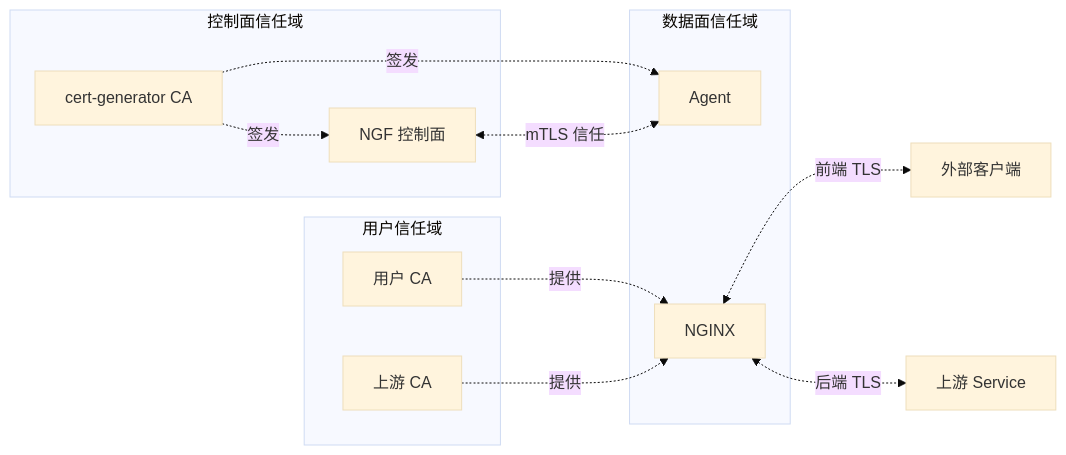
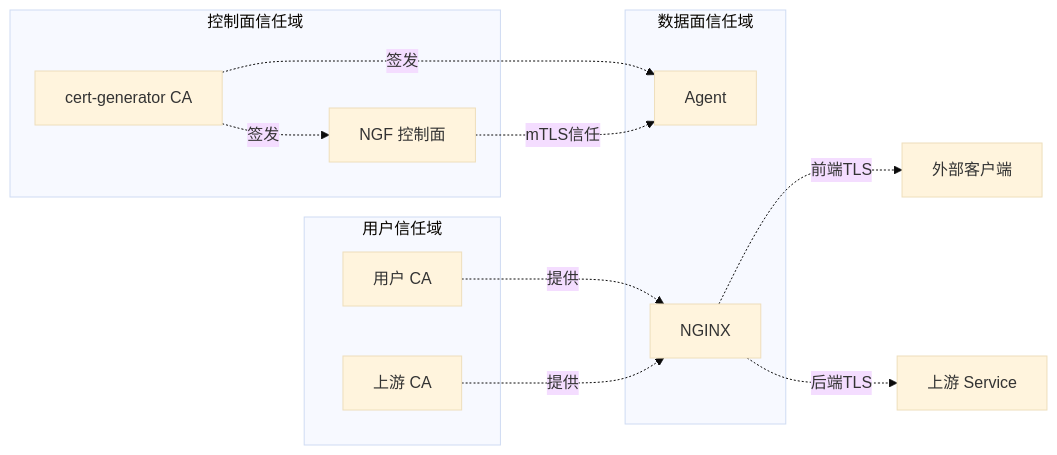
One commit to trynocoding/nginx-gateway-fabric changed the fifth of 5 diagrams in docs/tls-analysis-obsidian.md. Above: the diagram before and after it, drawn with Mermaid (base theme). The commit also changed other lines of this file, not shown here.

First line of the commit message:
Fix mermaid rendering errors in TLS analysis doc

````diff
--- a/docs/tls-analysis-obsidian.md
+++ b/docs/tls-analysis-obsidian.md
@@ -1004,23 +1004,23 @@
 ```mermaid
 graph LR
-    subgraph "控制面信任域"
-        NGF[NGF 控制面]
-        CA1[cert-generator CA]
+    subgraph T1["控制面信任域"]
+        NGF["NGF 控制面"]
+        CA1["cert-generator CA"]
     end
-    subgraph "数据面信任域"
-        AGENT[Agent]
-        NGINX[NGINX]
+    subgraph T2["数据面信任域"]
+        AGENT["Agent"]
+        NGINX["NGINX"]
     end
-    subgraph "用户信任域"
-        USER_CA[用户 CA]
-        UPSTREAM_CA[上游 CA]
+    subgraph T3["用户信任域"]
+        USER_CA["用户 CA"]
+        UPSTREAM_CA["上游 CA"]
     end
 
     CA1 -.签发.-> NGF
     CA1 -.签发.-> AGENT
-    NGF <-.mTLS 信任.-> AGENT
+    NGF -.mTLS信任.-> AGENT
     USER_CA -.提供.-> NGINX
     UPSTREAM_CA -.提供.-> NGINX
-    NGINX <-.前端 TLS.-> CLIENT[外部客户端]
-    NGINX <-.后端 TLS.-> UPSTREAM[上游 Service]
+    NGINX -.前端TLS.-> CLIENT["外部客户端"]
+    NGINX -.后端TLS.-> UPSTREAM["上游 Service"]
 ```
````
